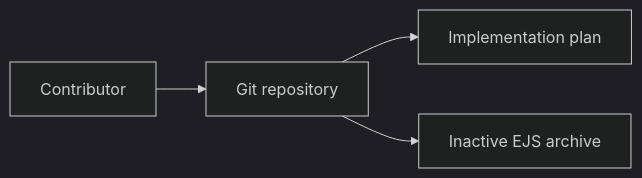
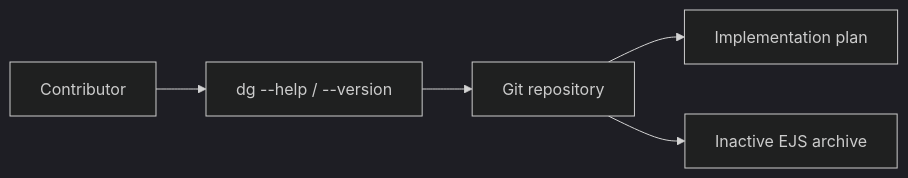
Before and after one commit to McFuzzySquirrel/Engineering-Journey-System: the diagram in README.md, drawn with Mermaid (dark theme). The commit also changed other lines of this file and 5 other files, not shown here.

````diff
--- a/README.md
+++ b/README.md
@@ -59,6 +60,7 @@
 ```mermaid
 flowchart LR
-  Contributor --> GitRepository[Git repository]
+  Contributor --> CLI["dg --help / --version"]
+  CLI --> GitRepository[Git repository]
   GitRepository --> Plan[Implementation plan]
   GitRepository --> Archive[Inactive EJS archive]
 ```
````
